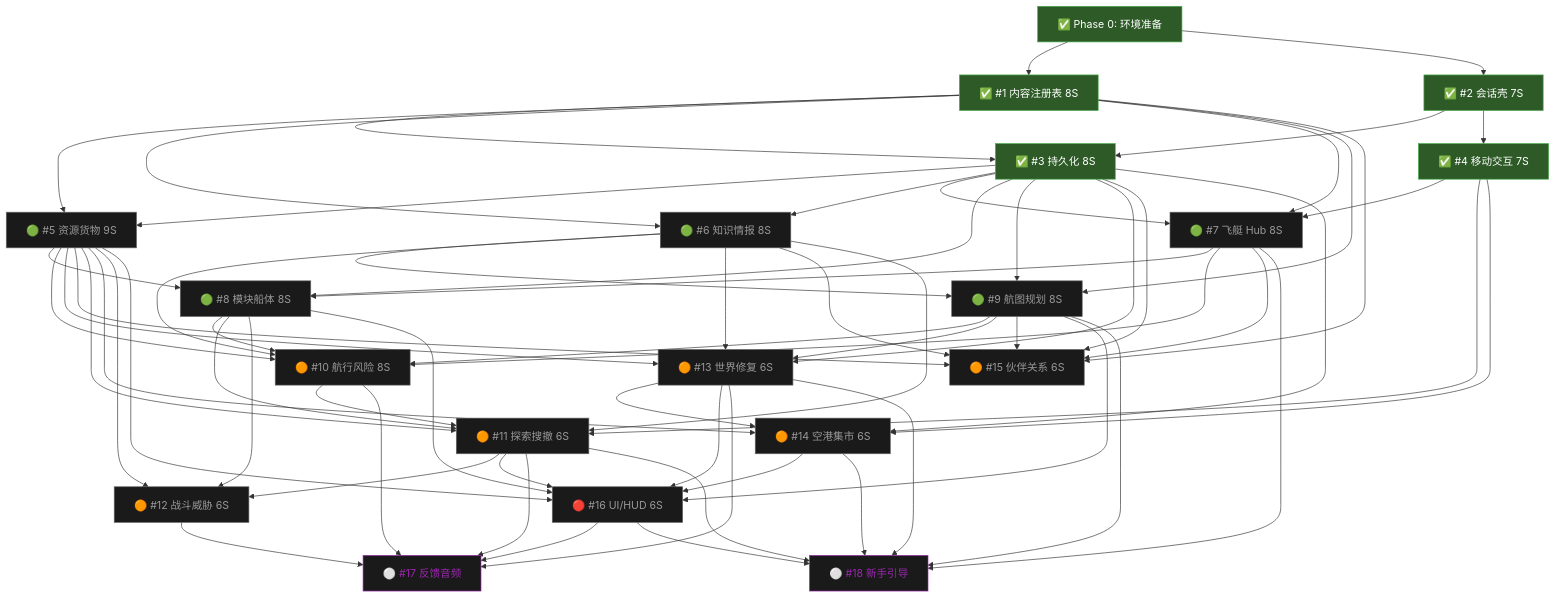
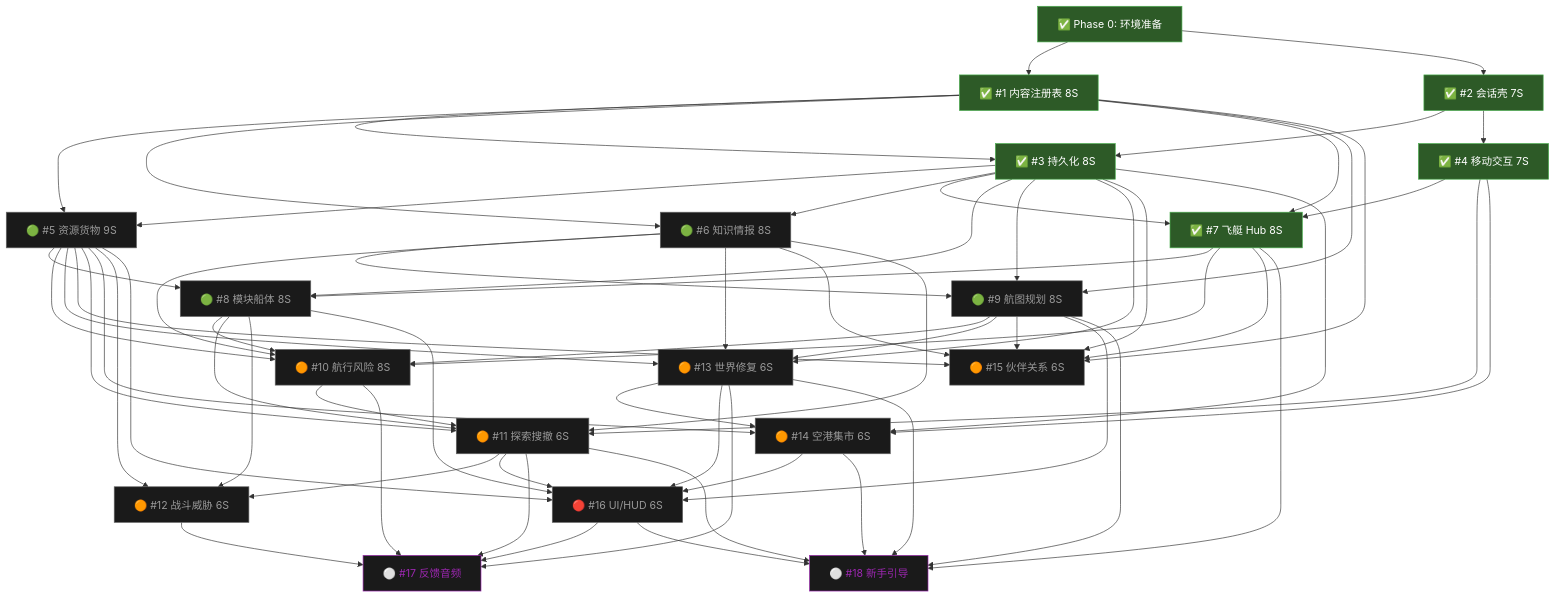
The second of 3 diagrams in docs/reference/production-flowchart.md (lieinsay/Claude-Code-Game-Studios), drawn with Mermaid before and after one commit. The commit also changed other lines of this file and 31 other files, not shown here.

```diff
--- a/docs/reference/production-flowchart.md
+++ b/docs/reference/production-flowchart.md
@@ -75,7 +75,7 @@
 
     S5["🟢 #5 资源货物 9S"]:::future
     S6["🟢 #6 知识情报 8S"]:::future
-    S7["🟢 #7 飞艇 Hub 8S"]:::future
+    S7["✅ #7 飞艇 Hub 8S"]:::done
 
     S8["🟢 #8 模块船体 8S"]:::future
     S9["🟢 #9 航图规划 8S"]:::future
```
